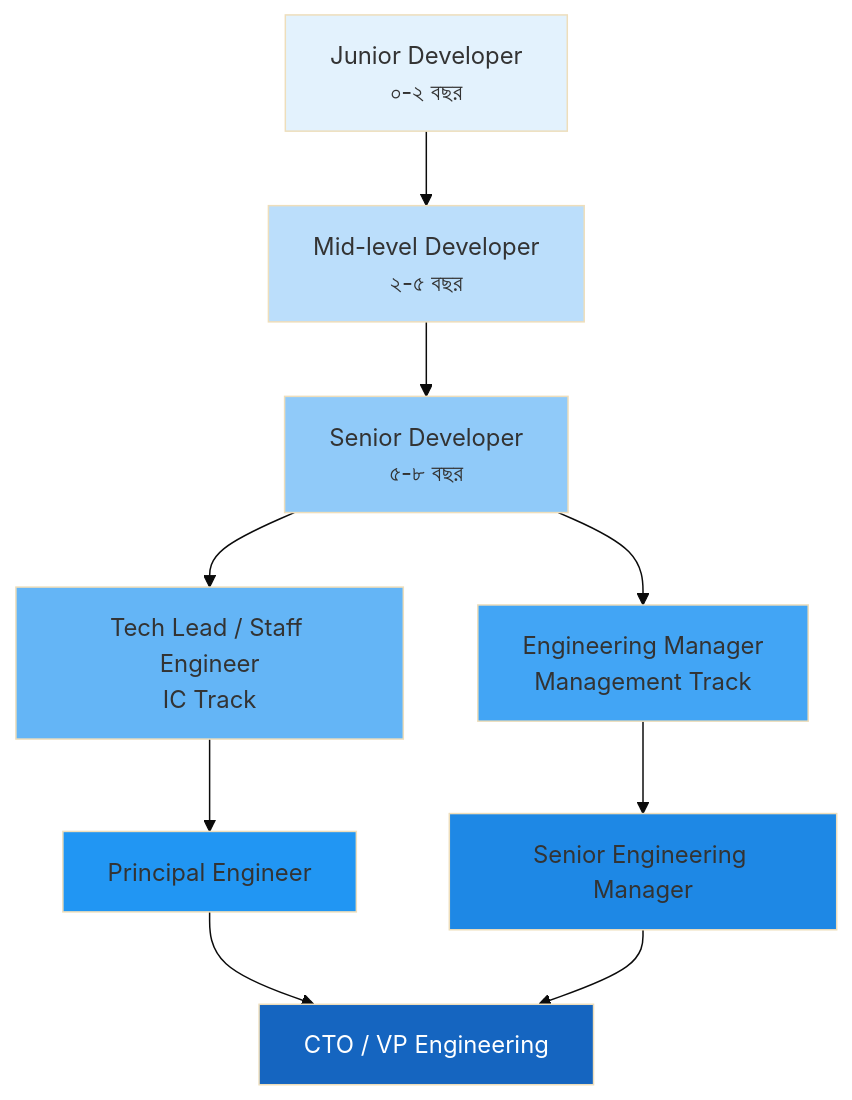
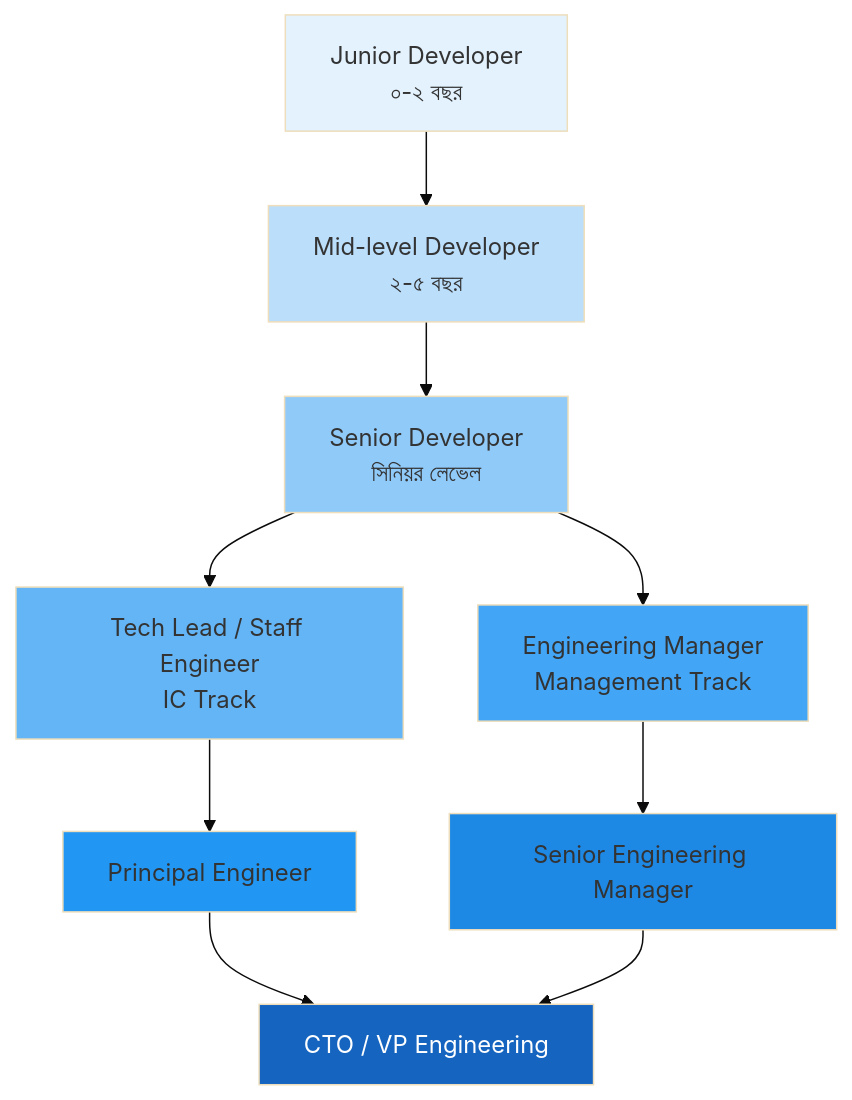
Before and after one commit to yousufCse/engineer-codex: the fourth of 7 diagrams in software-engineering-mastery-bn/phase6-team-leadership-managemenr.md, drawn with Mermaid (base theme). The commit also changed 3 other files, not shown here.

````diff
--- a/software-engineering-mastery-bn/phase6-team-leadership-managemenr.md
+++ b/software-engineering-mastery-bn/phase6-team-leadership-managemenr.md
@@ -1034,20 +1034,20 @@
 ```mermaid
 flowchart TD
     A[Junior Developer\n০-২ বছর] --> B[Mid-level Developer\n২-৫ বছর]
-    B --> C[Senior Developer\n৫-৮ বছর]
+    B --> C[Senior Developer\nসিনিয়র লেভেল]
     C --> D1[Tech Lead / Staff Engineer\nIC Track]
     C --> D2[Engineering Manager\nManagement Track]
     D1 --> E1[Principal Engineer]
     D2 --> E2[Senior Engineering Manager]
     E1 --> F[CTO / VP Engineering]
     E2 --> F
 
     style A fill:#E3F2FD
     style B fill:#BBDEFB
     style C fill:#90CAF9
     style D1 fill:#64B5F6
     style D2 fill:#42A5F5
     style E1 fill:#2196F3
     style E2 fill:#1E88E5
     style F fill:#1565C0,color:#fff
 ```
````
